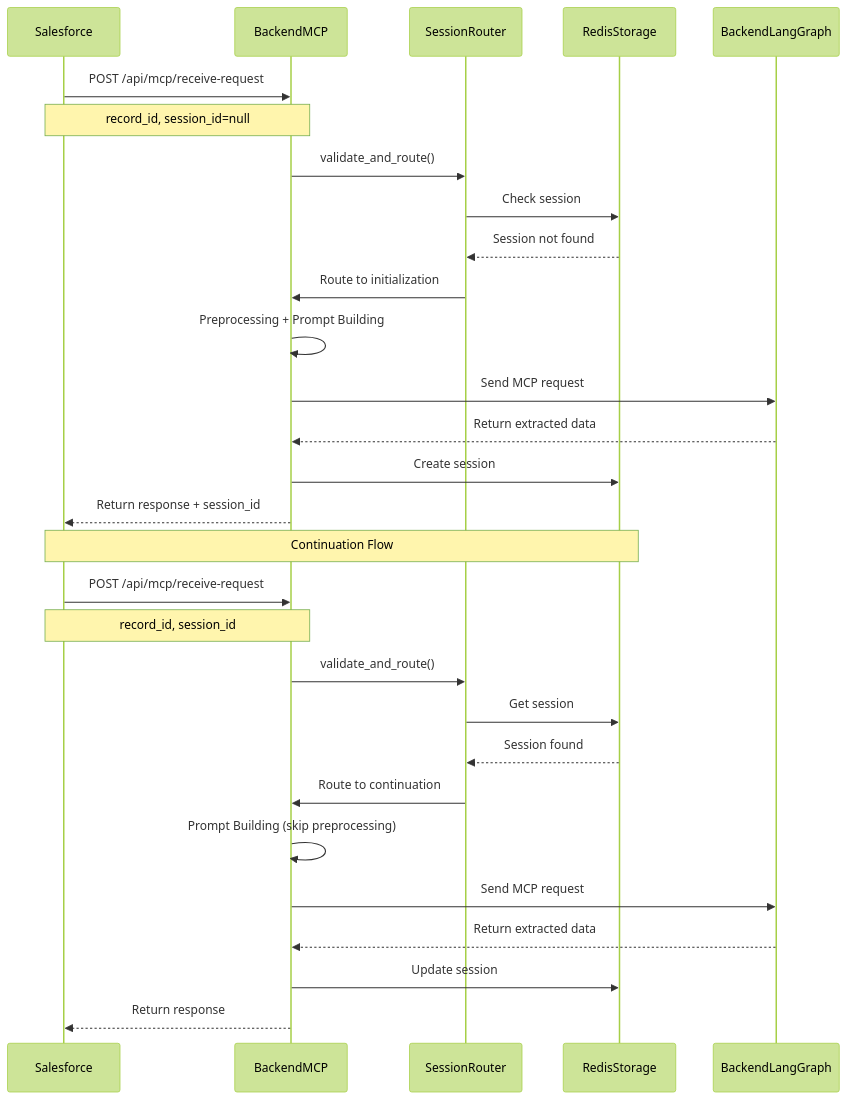
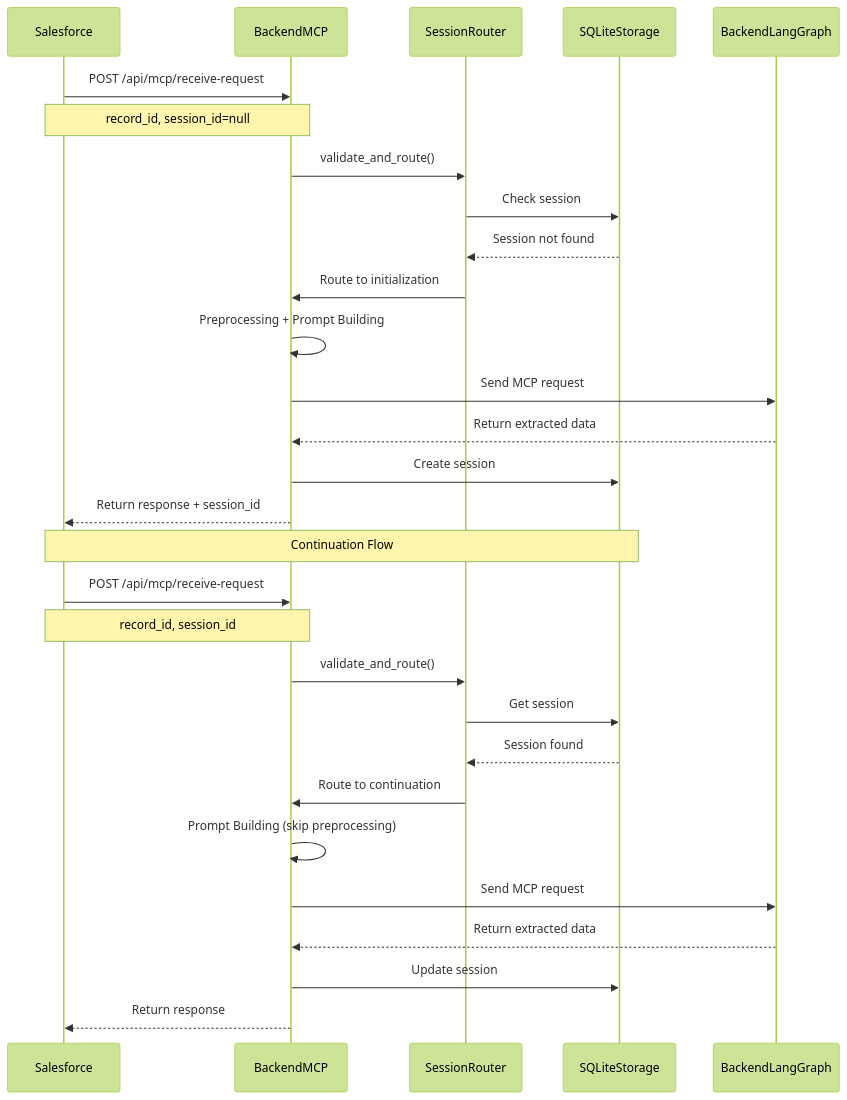
Before and after one commit to Yasser1AITLAZIZ/sfd-clm: the third of 3 diagrams in README.md, drawn with Mermaid (forest theme). The commit also changed other lines of this file and 40 other files, not shown here.

````diff
--- a/README.md
+++ b/README.md
@@ -109,33 +109,33 @@
 ```mermaid
 sequenceDiagram
     participant SF as Salesforce
     participant MCP as BackendMCP
     participant Router as SessionRouter
-    participant Storage as RedisStorage
+    participant Storage as SQLiteStorage
     participant LangGraph as BackendLangGraph
     
     SF->>MCP: POST /api/mcp/receive-request
     Note over SF,MCP: record_id, session_id=null
     MCP->>Router: validate_and_route()
     Router->>Storage: Check session
     Storage-->>Router: Session not found
     Router->>MCP: Route to initialization
     MCP->>MCP: Preprocessing + Prompt Building
     MCP->>LangGraph: Send MCP request
     LangGraph-->>MCP: Return extracted data
     MCP->>Storage: Create session
     MCP-->>SF: Return response + session_id
     
     Note over SF,Storage: Continuation Flow
     SF->>MCP: POST /api/mcp/receive-request
     Note over SF,MCP: record_id, session_id
     MCP->>Router: validate_and_route()
     Router->>Storage: Get session
     Storage-->>Router: Session found
     Router->>MCP: Route to continuation
     MCP->>MCP: Prompt Building (skip preprocessing)
     MCP->>LangGraph: Send MCP request
     LangGraph-->>MCP: Return extracted data
     MCP->>Storage: Update session
     MCP-->>SF: Return response
 ```
````
